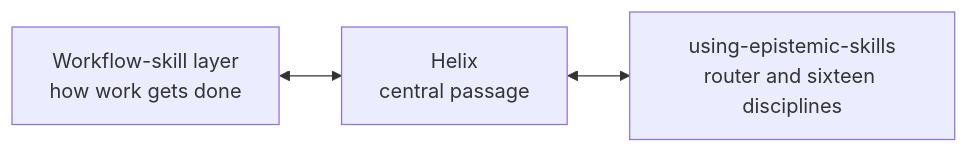
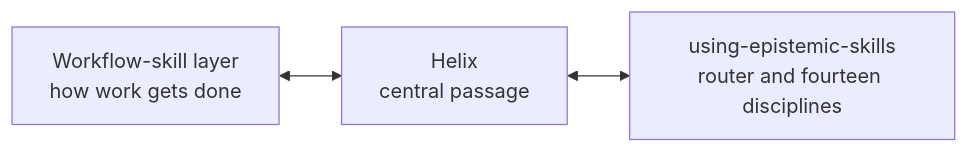
One commit to ZMS-Labs/epistemic-skills changed the first of 2 diagrams in README.md. Above: the diagram before and after it, drawn with Mermaid. The commit also changed other lines of this file and 54 other files, not shown here.

````diff
--- a/README.md
+++ b/README.md
@@ -106,5 +106,5 @@
 ```mermaid
 flowchart LR
     W["Workflow-skill layer<br/>how work gets done"] <--> H["Helix<br/>central passage"]
-    H <--> E["using-epistemic-skills<br/>router and sixteen disciplines"]
+    H <--> E["using-epistemic-skills<br/>router and fourteen disciplines"]
 ```
````
